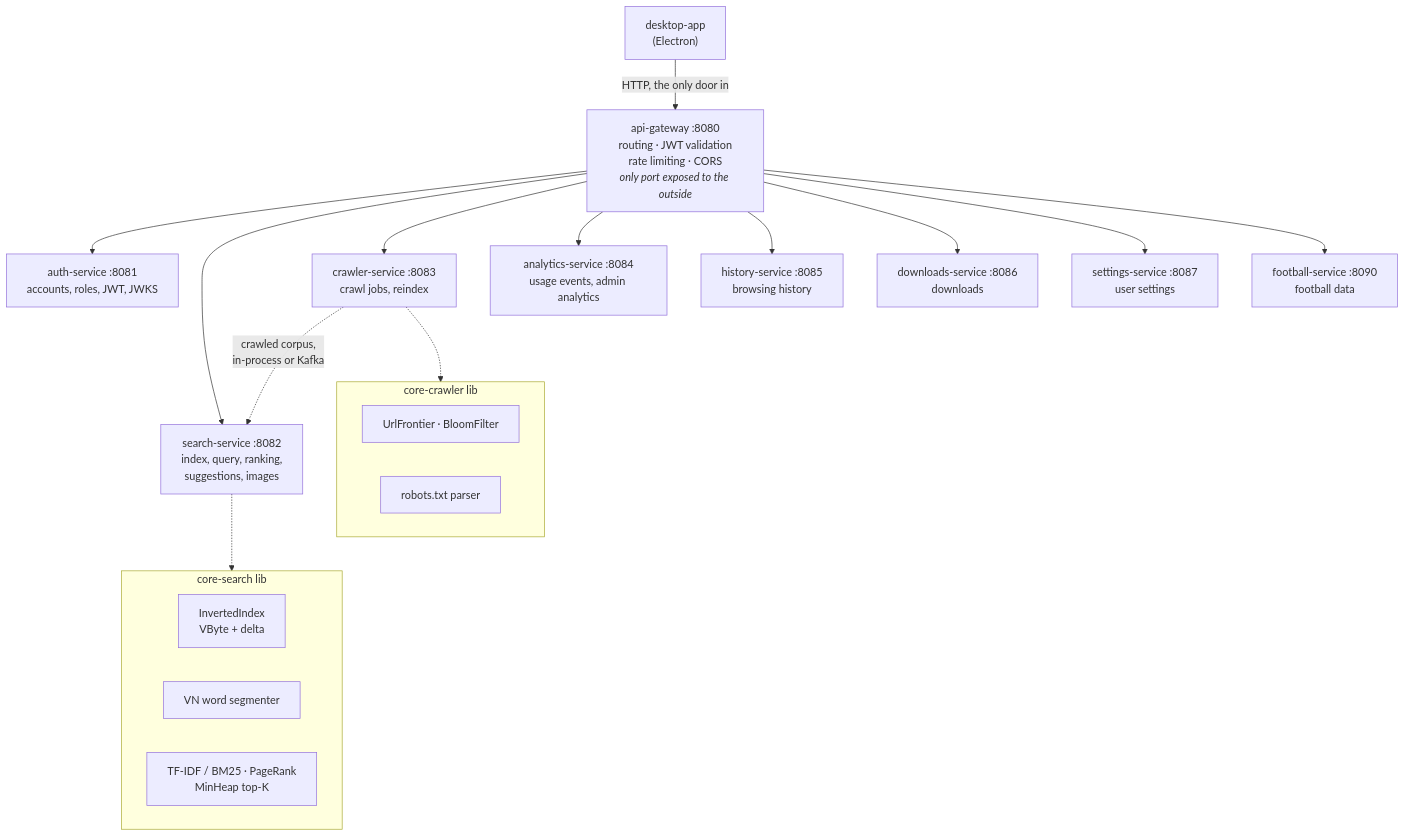
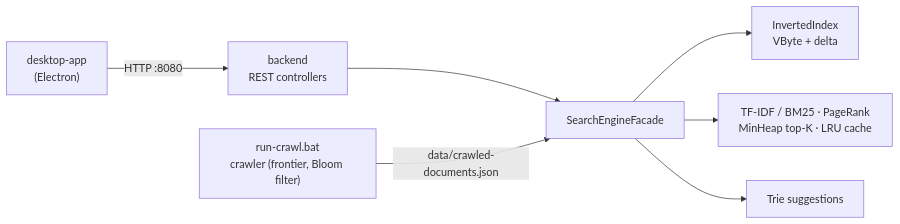
Before and after one commit to KietAnhCS/CocCoc-Plus: the diagram in README.md, drawn with Mermaid. The commit also changed other lines of this file and 437 other files, not shown here.

````diff
--- a/README.md
+++ b/README.md
@@ -10,31 +29,9 @@
 ```mermaid
-flowchart TB
-    BROWSER["desktop-app<br/>(Electron)"]
-    GW["api-gateway :8080<br/>routing · JWT validation<br/>rate limiting · CORS<br/><i>only port exposed to the outside</i>"]
-
-    BROWSER -->|HTTP, the only door in| GW
-
-    GW --> AUTH["auth-service :8081<br/>accounts, roles, JWT, JWKS"]
-    GW --> SEARCH["search-service :8082<br/>index, query, ranking,<br/>suggestions, images"]
-    GW --> CRAWLER["crawler-service :8083<br/>crawl jobs, reindex"]
-    GW --> ANALYTICS["analytics-service :8084<br/>usage events, admin analytics"]
-    GW --> HISTORY["history-service :8085<br/>browsing history"]
-    GW --> DOWNLOADS["downloads-service :8086<br/>downloads"]
-    GW --> SETTINGS["settings-service :8087<br/>user settings"]
-    GW --> FOOTBALL["football-service :8090<br/>football data"]
-
-    CRAWLER -.->|crawled corpus,<br/>in-process or Kafka| SEARCH
-
-    subgraph CORESEARCH["core-search lib"]
-        IDX["InvertedIndex<br/>VByte + delta"]
-        VN["VN word segmenter"]
-        RANK["TF-IDF / BM25 · PageRank<br/>MinHeap top-K"]
-    end
-    subgraph CORECRAWL["core-crawler lib"]
-        FRONT["UrlFrontier · BloomFilter"]
-        ROBOTS["robots.txt parser"]
-    end
-
-    SEARCH -.-> CORESEARCH
-    CRAWLER -.-> CORECRAWL
+flowchart LR
+    APP["desktop-app<br/>(Electron)"] -->|HTTP :8080| API["backend<br/>REST controllers"]
+    API --> ENGINE["SearchEngineFacade"]
+    ENGINE --> IDX["InvertedIndex<br/>VByte + delta"]
+    ENGINE --> RANK["TF-IDF / BM25 · PageRank<br/>MinHeap top-K · LRU cache"]
+    ENGINE --> SUG["Trie suggestions"]
+    CRAWL["run-crawl.bat<br/>crawler (frontier, Bloom filter)"] -->|data/crawled-documents.json| ENGINE
 ```
````
